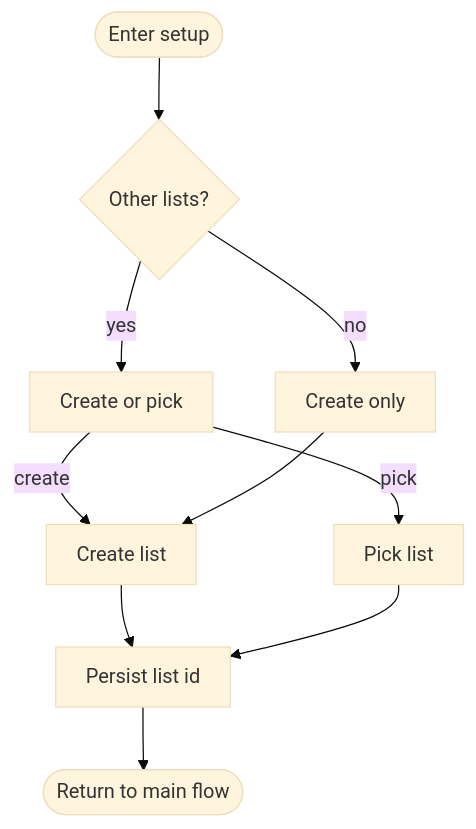
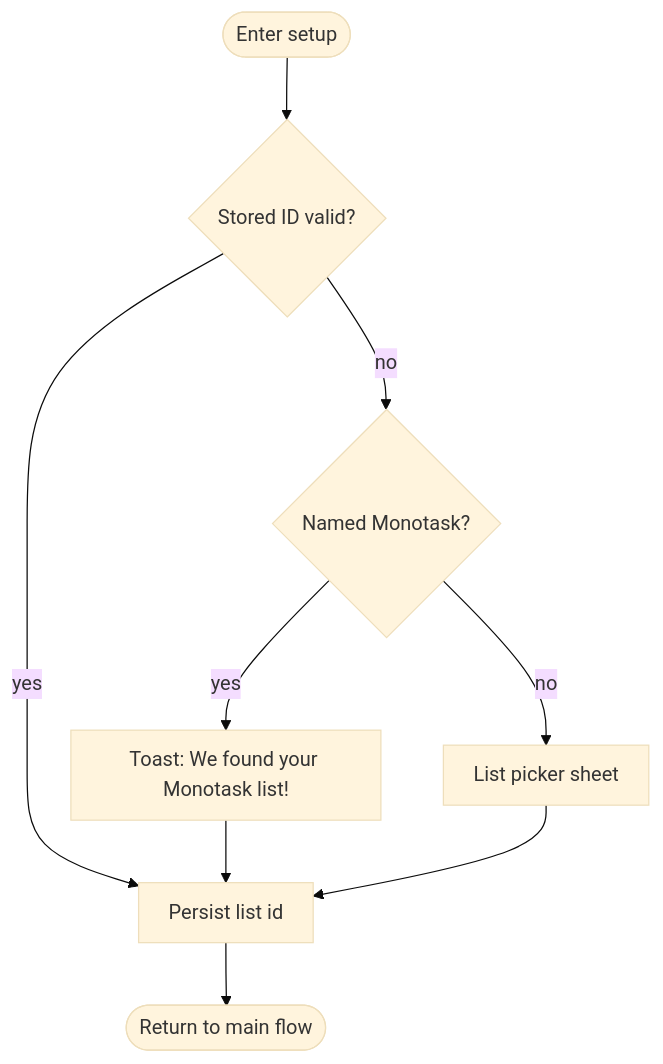
One commit to jplummer/monotask changed the second of 2 diagrams in docs/PLAN.md. Above: the diagram before and after it, drawn with Mermaid (base theme). The commit also changed other lines of this file and 5 other files, not shown here.

````diff
--- a/docs/PLAN.md
+++ b/docs/PLAN.md
@@ -105,22 +96,20 @@
 ```mermaid
 %%{init: {'flowchart': {'curve': 'basis', 'padding': 12}}}%%
 flowchart TB
   Enter([Enter setup])
-  Existing{Other lists?}
-  Offer[Create or pick]
-  CreateOnly[Create only]
-  Create[Create list]
-  Pick[Pick list]
+  StoredId{Stored ID valid?}
+  NameMatch{Named Monotask?}
+  Toast["Toast: We found your Monotask list!"]
+  Picker[List picker sheet]
   Persist[Persist list id]
   Exit([Return to main flow])
 
-  Enter --> Existing
-  Existing -->|yes| Offer
-  Existing -->|no| CreateOnly
-  Offer -->|create| Create
-  Offer -->|pick| Pick
-  CreateOnly --> Create
-  Create --> Persist
-  Pick --> Persist
+  Enter --> StoredId
+  StoredId -->|yes| Persist
+  StoredId -->|no| NameMatch
+  NameMatch -->|yes| Toast
+  Toast --> Persist
+  NameMatch -->|no| Picker
+  Picker --> Persist
   Persist --> Exit
 ```
````
